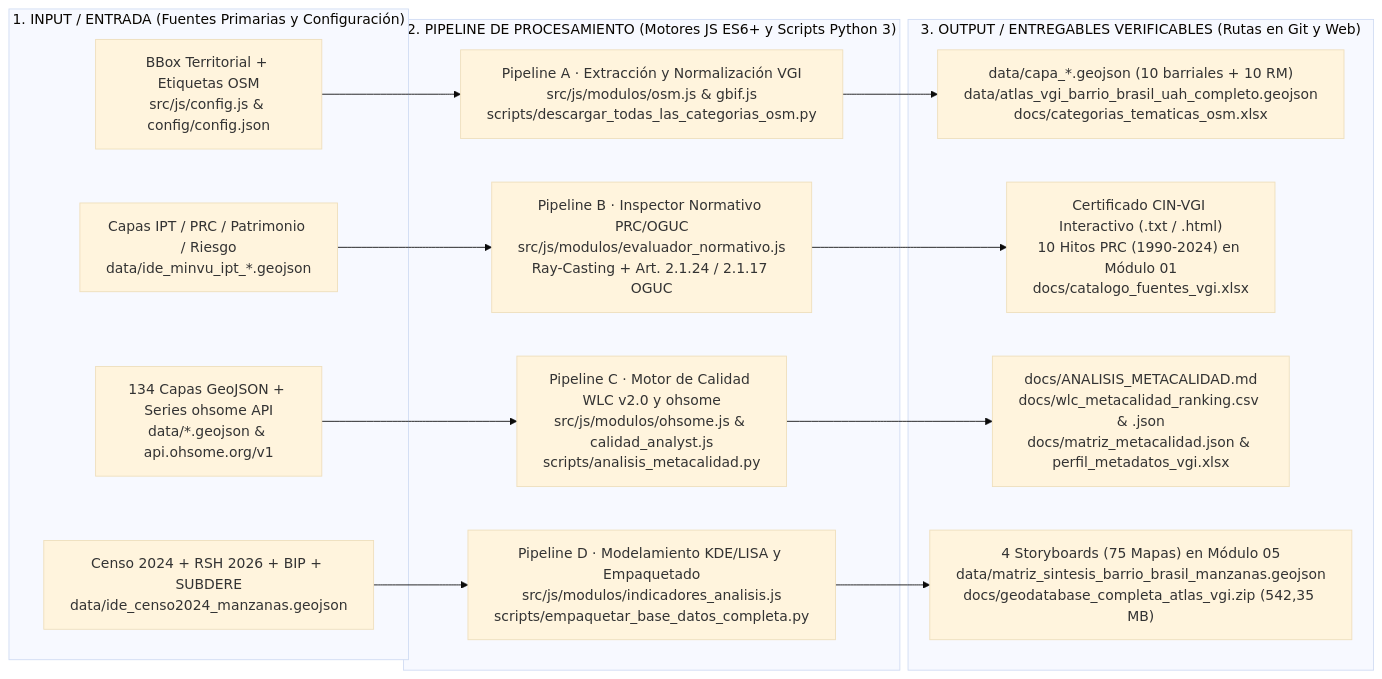
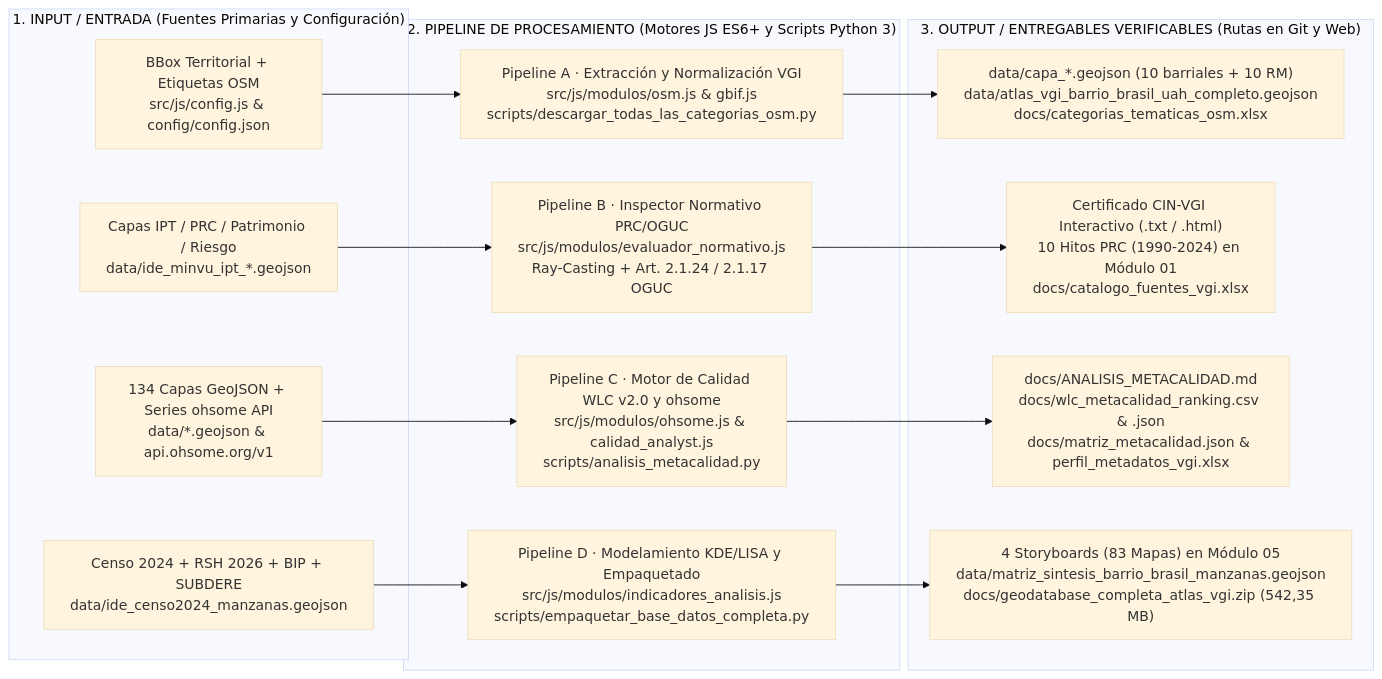
One commit to GEOJOTA/atlas-vgi-barrio-brasil changed the first of 2 diagrams in README.md. Above: the diagram before and after it, drawn with Mermaid (base theme). The commit also changed other lines of this file and 40 other files, not shown here.

````diff
--- a/README.md
+++ b/README.md
@@ -39,28 +39,28 @@
 ```mermaid
 flowchart LR
     subgraph IN["1. INPUT / ENTRADA (Fuentes Primarias y Configuración)"]
         I1["BBox Territorial + Etiquetas OSM<br/>src/js/config.js & config/config.json"]
         I2["Capas IPT / PRC / Patrimonio / Riesgo<br/>data/ide_minvu_ipt_*.geojson"]
         I3["134 Capas GeoJSON + Series ohsome API<br/>data/*.geojson & api.ohsome.org/v1"]
         I4["Censo 2024 + RSH 2026 + BIP + SUBDERE<br/>data/ide_censo2024_manzanas.geojson"]
     end
 
     subgraph PROC["2. PIPELINE DE PROCESAMIENTO (Motores JS ES6+ y Scripts Python 3)"]
         P1["Pipeline A · Extracción y Normalización VGI<br/>src/js/modulos/osm.js & gbif.js<br/>scripts/descargar_todas_las_categorias_osm.py"]
         P2["Pipeline B · Inspector Normativo PRC/OGUC<br/>src/js/modulos/evaluador_normativo.js<br/>Ray-Casting + Art. 2.1.24 / 2.1.17 OGUC"]
         P3["Pipeline C · Motor de Calidad WLC v2.0 y ohsome<br/>src/js/modulos/ohsome.js & calidad_analyst.js<br/>scripts/analisis_metacalidad.py"]
         P4["Pipeline D · Modelamiento KDE/LISA y Empaquetado<br/>src/js/modulos/indicadores_analisis.js<br/>scripts/empaquetar_base_datos_completa.py"]
     end
 
     subgraph OUT["3. OUTPUT / ENTREGABLES VERIFICABLES (Rutas en Git y Web)"]
         O1["data/capa_*.geojson (10 barriales + 10 RM)<br/>data/atlas_vgi_barrio_brasil_uah_completo.geojson<br/>docs/categorias_tematicas_osm.xlsx"]
         O2["Certificado CIN-VGI Interactivo (.txt / .html)<br/>10 Hitos PRC (1990-2024) en Módulo 01<br/>docs/catalogo_fuentes_vgi.xlsx"]
         O3["docs/ANALISIS_METACALIDAD.md<br/>docs/wlc_metacalidad_ranking.csv & .json<br/>docs/matriz_metacalidad.json & perfil_metadatos_vgi.xlsx"]
-        O4["4 Storyboards (75 Mapas) en Módulo 05<br/>data/matriz_sintesis_barrio_brasil_manzanas.geojson<br/>docs/geodatabase_completa_atlas_vgi.zip (542,35 MB)"]
+        O4["4 Storyboards (83 Mapas) en Módulo 05<br/>data/matriz_sintesis_barrio_brasil_manzanas.geojson<br/>docs/geodatabase_completa_atlas_vgi.zip (542,35 MB)"]
     end
 
     I1 --> P1 --> O1
     I2 --> P2 --> O2
     I3 --> P3 --> O3
     I4 --> P4 --> O4
 ```
````
